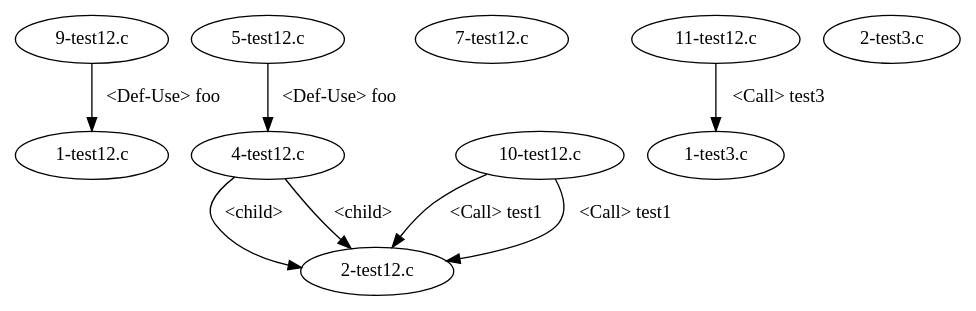
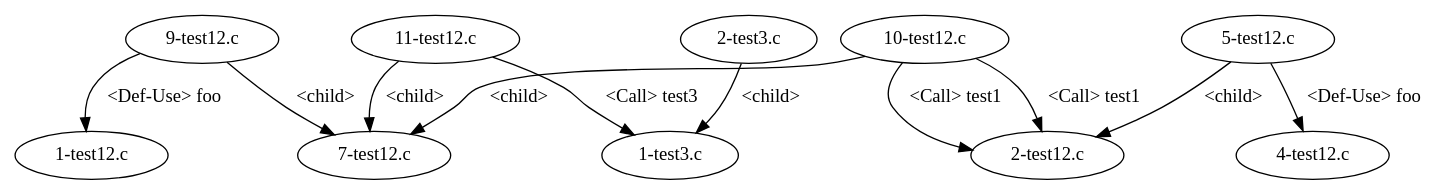
Before and after one commit to shuiblue/JDimeForCpp: the diagram in testcpp/dependencyGraph/EmailSystem/test_17/graph.gv, drawn with Graphviz. The commit also changed 10 other files, not shown here.

```diff
--- a/testcpp/dependencyGraph/EmailSystem/test_17/graph.gv
+++ b/testcpp/dependencyGraph/EmailSystem/test_17/graph.gv
@@ -1,19 +1,22 @@
 digraph {
-357 [label = "1-test12.c"];
-358 [label = "2-test12.c"];
-359 [label = "4-test12.c"];
-359 -> 358[label="<child>"];
-360 [label = "5-test12.c"];
-360 -> 359[label="<Def-Use> foo"];
-359 -> 358[label="<child>"];
-361 [label = "7-test12.c"];
-362 [label = "9-test12.c"];
-362 -> 357[label="<Def-Use> foo"];
-363 [label = "10-test12.c"];
-363 -> 358[label="<Call> test1"];
-364 [label = "11-test12.c"];
-365 [label = "1-test3.c"];
-366 [label = "2-test3.c"];
-363 -> 358[label="<Call> test1"];
-364 -> 365[label="<Call> test3"];
+1 [label = "1-test12.c"];
+2 [label = "2-test12.c"];
+3 [label = "4-test12.c"];
+4 [label = "5-test12.c"];
+4 -> 3[label="<Def-Use> foo"];
+4 -> 2[label="<child>"];
+5 [label = "7-test12.c"];
+6 [label = "9-test12.c"];
+6 -> 1[label="<Def-Use> foo"];
+6 -> 5[label="<child>"];
+7 [label = "10-test12.c"];
+7 -> 2[label="<Call> test1"];
+7 -> 5[label="<child>"];
+8 [label = "11-test12.c"];
+8 -> 5[label="<child>"];
+9 [label = "1-test3.c"];
+10 [label = "2-test3.c"];
+10 -> 9[label="<child>"];
+7 -> 2[label="<Call> test1"];
+8 -> 9[label="<Call> test3"];
 }
```
